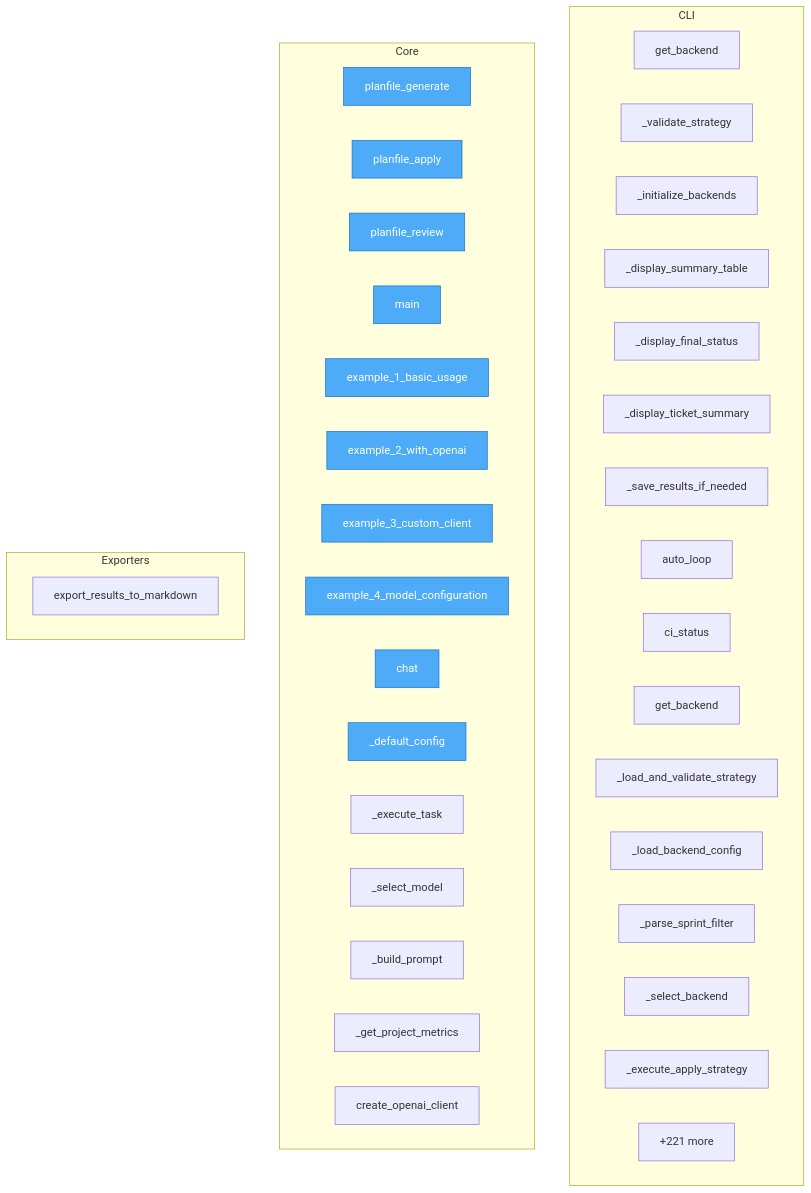
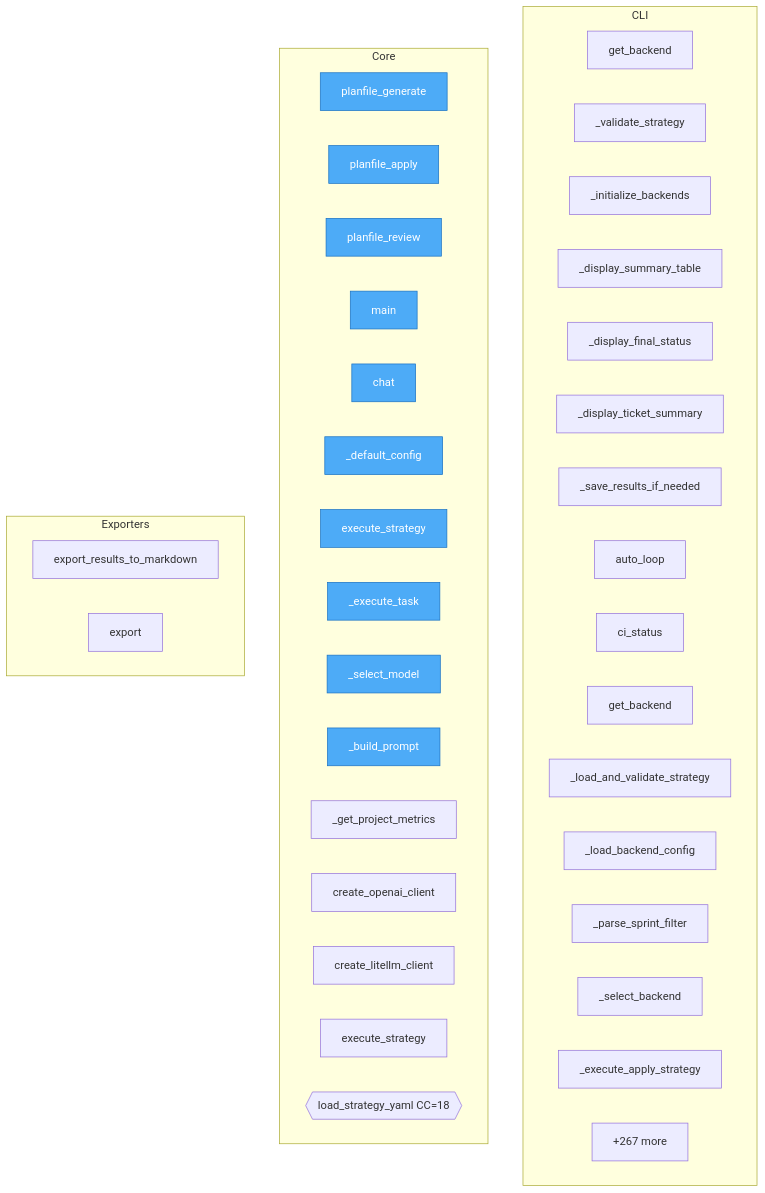
The diagram in project/flow.mmd (semcod/planfile), drawn with Mermaid before and after one commit. The commit also changed 32 other files, not shown here.

```diff
--- a/project/flow.mmd
+++ b/project/flow.mmd
@@ -1,48 +1,49 @@
 flowchart TD
 
     %% Entry points (blue)
     classDef entry fill:#4dabf7,stroke:#1971c2,color:#fff
 
     subgraph CLI
         planfile__cli__auto_loop__get_backend["get_backend"]
         planfile__cli__auto_loop___validate_strategy["_validate_strategy"]
         planfile__cli__auto_loop___initialize_backends["_initialize_backends"]
         planfile__cli__auto_loop___display_summary_table["_display_summary_table"]
         planfile__cli__auto_loop___display_final_status["_display_final_status"]
         planfile__cli__auto_loop___display_ticket_summary["_display_ticket_summary"]
         planfile__cli__auto_loop___save_results_if_needed["_save_results_if_needed"]
         planfile__cli__auto_loop__auto_loop["auto_loop"]
         planfile__cli__auto_loop__ci_status["ci_status"]
         planfile__cli__commands__get_backend["get_backend"]
         planfile__cli__commands___load_and_validate_strategy["_load_and_validate_strategy"]
         planfile__cli__commands___load_backend_config["_load_backend_config"]
         planfile__cli__commands___parse_sprint_filter["_parse_sprint_filter"]
         planfile__cli__commands___select_backend["_select_backend"]
         planfile__cli__commands___execute_apply_strategy["_execute_apply_strategy"]
-        ...["+7 more"]
+        ...["+14 more"]
     end
 
     subgraph Core
         mcp_server_example__planfile_generate["planfile_generate"]
         mcp_server_example__planfile_apply["planfile_apply"]
         mcp_server_example__planfile_review["planfile_review"]
         mcp_server_example__main["main"]
-        example_standalone__example_1_basic_usage["example_1_basic_usage"]
-        example_standalone__example_2_with_openai["example_2_with_openai"]
-        example_standalone__example_3_custom_client["example_3_custom_client"]
-        example_standalone__example_4_model_configuration["example_4_model_configuration"]
         planfile__executor_standalone__LLMClient__chat["chat"]
         planfile__executor_standalone__StrategyExecutor___default_config["_default_config"]
+        planfile__executor_standalone__StrategyExecutor__execute_strategy["execute_strategy"]
         planfile__executor_standalone__StrategyExecutor___execute_task["_execute_task"]
         planfile__executor_standalone__StrategyExecutor___select_model["_select_model"]
         planfile__executor_standalone__StrategyExecutor___build_prompt["_build_prompt"]
         planfile__executor_standalone__StrategyExecutor___get_project_metrics["_get_project_metrics"]
         planfile__executor_standalone__create_openai_client["create_openai_client"]
-        ...["+221 more"]
+        planfile__executor_standalone__create_litellm_client["create_litellm_client"]
+        planfile__executor_standalone__execute_strategy["execute_strategy"]
+        planfile__loaders__yaml_loader__load_strategy_yaml{{load_strategy_yaml CC=18}}
+        ...["+267 more"]
     end
 
     subgraph Exporters
         planfile__loaders__cli_loader__export_results_to_markdown["export_results_to_markdown"]
+        planfile__models_v2__Strategy__export["export"]
     end
 
-    class mcp_server_example__planfile_generate,mcp_server_example__planfile_apply,mcp_server_example__planfile_review,mcp_server_example__main,example_standalone__example_1_basic_usage,example_standalone__example_2_with_openai,example_standalone__example_3_custom_client,example_standalone__example_4_model_configuration,planfile__executor_standalone__LLMClient__chat,planfile__executor_standalone__StrategyExecutor___default_config entry
+    class mcp_server_example__planfile_generate,mcp_server_example__planfile_apply,mcp_server_example__planfile_review,mcp_server_example__main,planfile__executor_standalone__LLMClient__chat,planfile__executor_standalone__StrategyExecutor___default_config,planfile__executor_standalone__StrategyExecutor__execute_strategy,planfile__executor_standalone__StrategyExecutor___execute_task,planfile__executor_standalone__StrategyExecutor___select_model,planfile__executor_standalone__StrategyExecutor___build_prompt entry
```
